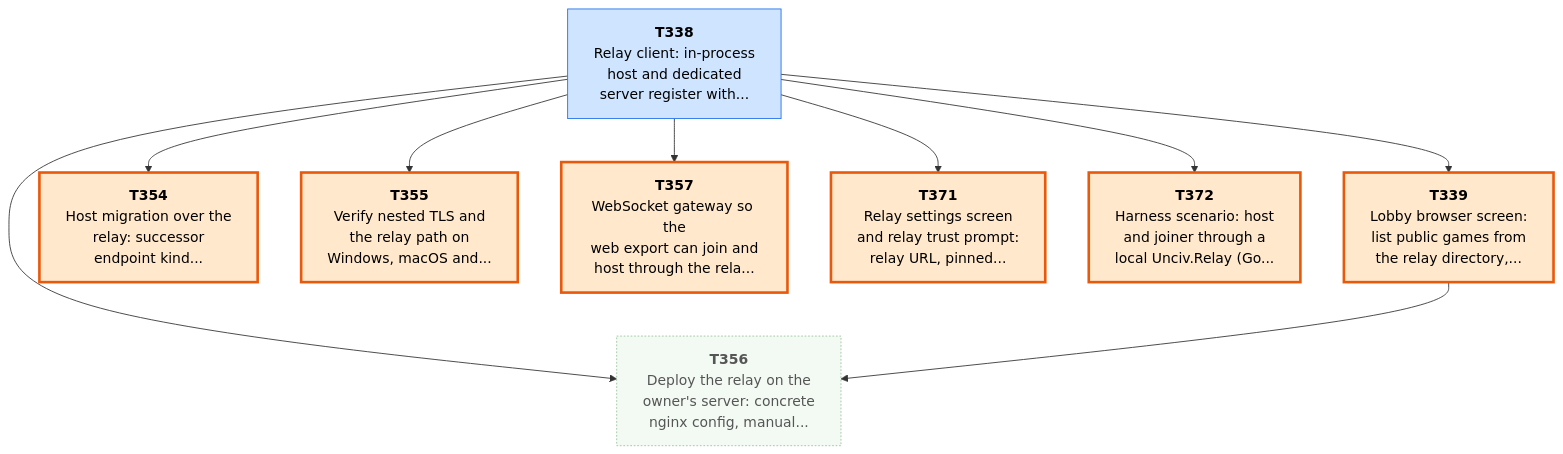
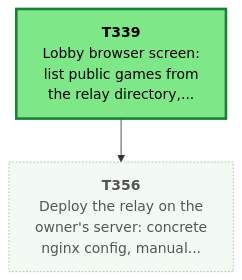
One commit to Kenmura/Unciv changed the first of 7 diagrams in csharp/migration/DEPENDENCY_MAP.md. Above: the diagram before and after it, drawn with Mermaid. The commit also changed other lines of this file and 1 other file, not shown here.

Commit message:
migration: review T338 pass [Claude]

````diff
--- a/csharp/migration/DEPENDENCY_MAP.md
+++ b/csharp/migration/DEPENDENCY_MAP.md
@@ -64,34 +64,15 @@
 ```mermaid
 flowchart TD
-  T338["<b>T338</b><br/>Relay client: in-process<br/>host and dedicated<br/>server register with..."]
   T339["<b>T339</b><br/>Lobby browser screen:<br/>list public games from<br/>the relay directory,..."]
-  T354["<b>T354</b><br/>Host migration over the<br/>relay: successor<br/>endpoint kind..."]
-  T355["<b>T355</b><br/>Verify nested TLS and<br/>the relay path on<br/>Windows, macOS and..."]
   T356["<b>T356</b><br/>Deploy the relay on the<br/>owner's server: concrete<br/>nginx config, manual..."]
-  T357["<b>T357</b><br/>WebSocket gateway so the<br/>web export can join and<br/>host through the rela..."]
-  T371["<b>T371</b><br/>Relay settings screen<br/>and relay trust prompt:<br/>relay URL, pinned..."]
-  T372["<b>T372</b><br/>Harness scenario: host<br/>and joiner through a<br/>local Unciv.Relay (Go..."]
-  T338 --> T339
-  T338 --> T354
-  T338 --> T355
-  T338 --> T356
   T339 --> T356
-  T338 --> T357
-  T338 --> T371
-  T338 --> T372
   classDef waiting fill:#f3faf3,stroke:#9bc49b,color:#555,stroke-dasharray:2 2
   classDef ondeck fill:#ffe8cc,stroke:#e8590c,stroke-width:3px,color:#000
   classDef ready fill:#7ee787,stroke:#1a7f37,stroke-width:3px,color:#000
   classDef prog fill:#fff3b0,stroke:#b58900,color:#000
   classDef review fill:#cfe4ff,stroke:#1f6feb,color:#000
   classDef blocked fill:#ffd6d6,stroke:#c62828,color:#000
   classDef done fill:#eeeeee,stroke:#999999,color:#666,stroke-dasharray:4 3
-  class T338 review
-  class T339 ondeck
-  class T354 ondeck
-  class T355 ondeck
+  class T339 ready
   class T356 waiting
-  class T357 ondeck
-  class T371 ondeck
-  class T372 ondeck
 ```
````
